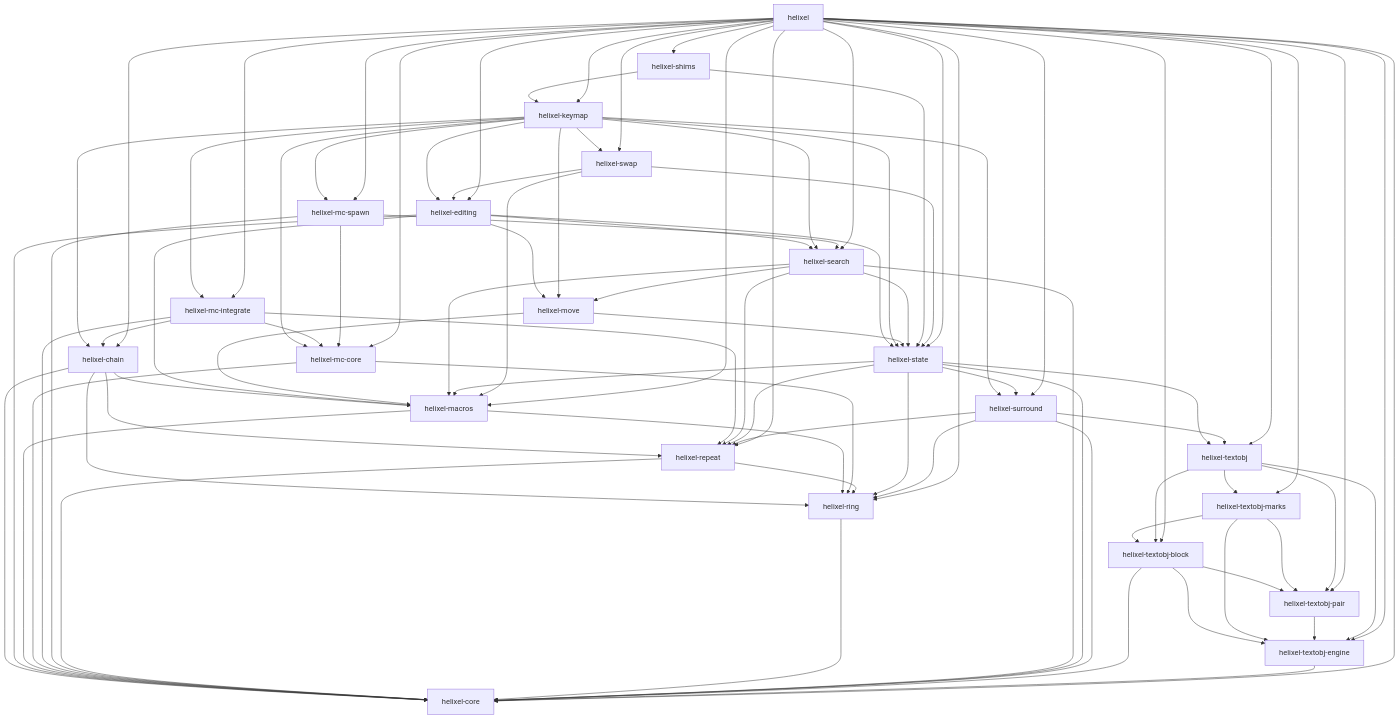
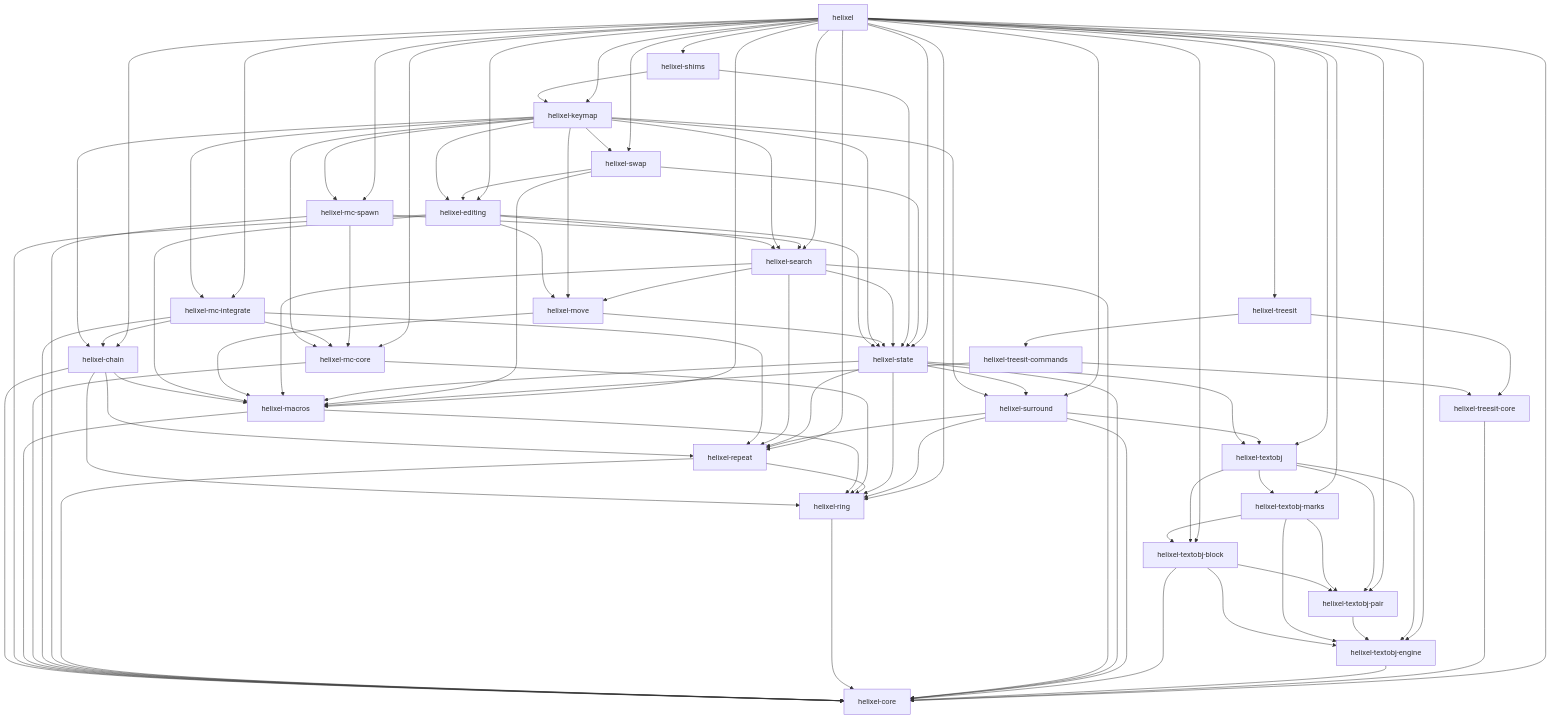
The diagram in docs/DEPGRAPH.org (jixiuf/helixel-mode), drawn with Mermaid before and after one commit. The commit also changed 11 other files, not shown here.

```diff
--- a/docs/DEPGRAPH.org
+++ b/docs/DEPGRAPH.org
@@ -74,6 +74,11 @@
   helixel-textobj --> helixel-textobj-pair
   helixel-textobj --> helixel-textobj-block
   helixel-textobj --> helixel-textobj-marks
+  helixel-treesit-commands --> helixel-treesit-core
+  helixel-treesit-commands --> helixel-macros
+  helixel-treesit-core --> helixel-core
+  helixel-treesit --> helixel-treesit-core
+  helixel-treesit --> helixel-treesit-commands
   helixel --> helixel-core
   helixel --> helixel-ring
   helixel --> helixel-macros
@@ -94,4 +99,5 @@
   helixel --> helixel-mc-spawn
   helixel --> helixel-mc-integrate
   helixel --> helixel-shims
+  helixel --> helixel-treesit
 #+END_SRC
```
